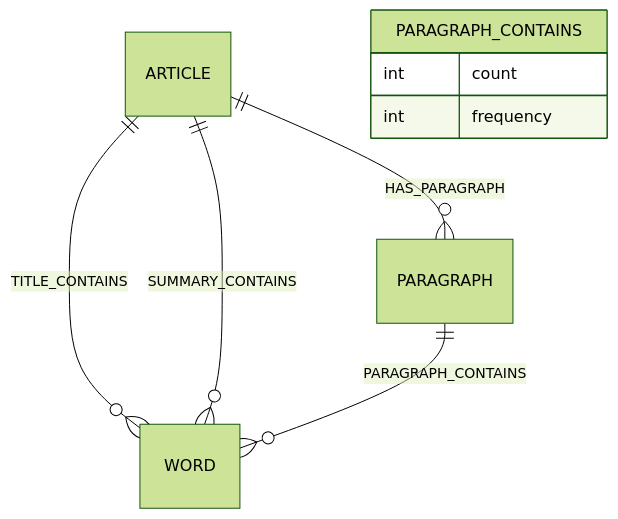
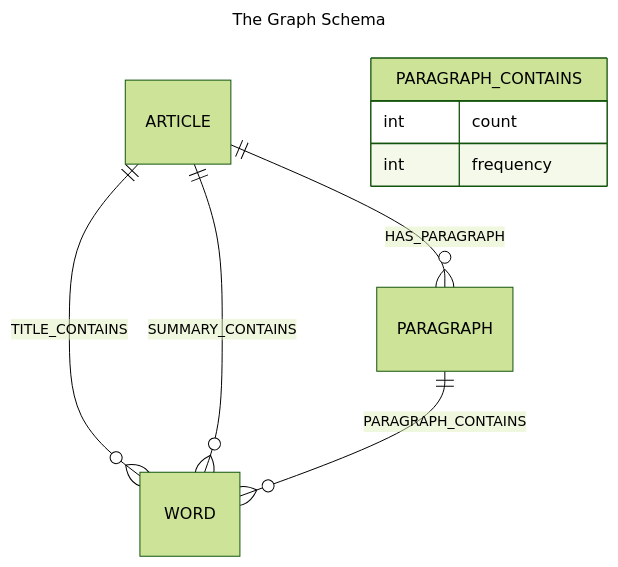
One commit to angelicagardner/chatbot-fallback-experience changed the third of 3 diagrams in README.md. Above: the diagram before and after it, drawn with Mermaid (forest theme). The commit also changed other lines of this file and 2 other files, not shown here.

````diff
--- a/README.md
+++ b/README.md
@@ -113,11 +118,14 @@
 ```mermaid
+---
+title: The Graph Schema
+---
 erDiagram
     ARTICLE ||--o{ PARAGRAPH : HAS_PARAGRAPH
     ARTICLE ||--o{ WORD : TITLE_CONTAINS
     ARTICLE ||--o{ WORD : SUMMARY_CONTAINS
     PARAGRAPH ||--o{ WORD : PARAGRAPH_CONTAINS
     PARAGRAPH_CONTAINS {
         int count
         int frequency
     }
 ```
````
